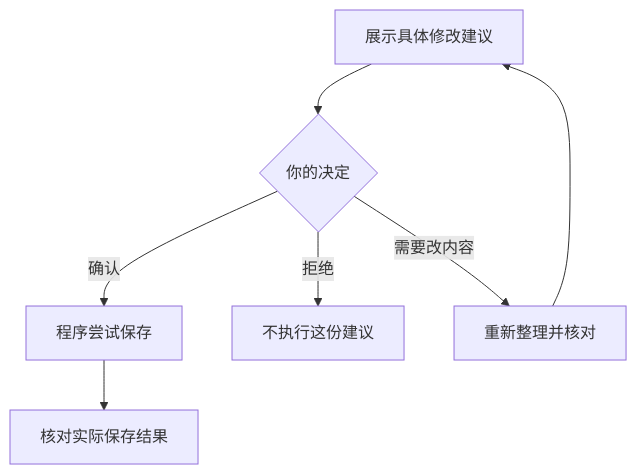
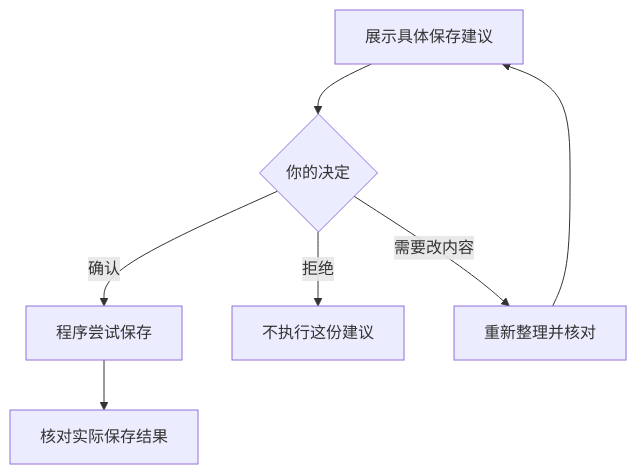
Before and after one commit to offercontext/offerPilot: the diagram in docs/learn/03-why-confirm-before-saving.md, drawn with Mermaid. The commit also changed other lines of this file and 27 other files, not shown here.

````diff
--- a/docs/learn/03-why-confirm-before-saving.md
+++ b/docs/learn/03-why-confirm-before-saving.md
@@ -71,9 +58,9 @@
 ```mermaid
 flowchart TD
-    proposal["展示具体修改建议"] --> choice{"你的决定"}
+    proposal["展示具体保存建议"] --> choice{"你的决定"}
     choice -->|"确认"| attempt["程序尝试保存"]
     attempt --> result["核对实际保存结果"]
     choice -->|"拒绝"| keep["不执行这份建议"]
     choice -->|"需要改内容"| revise["重新整理并核对"]
     revise --> proposal
 ```
````
